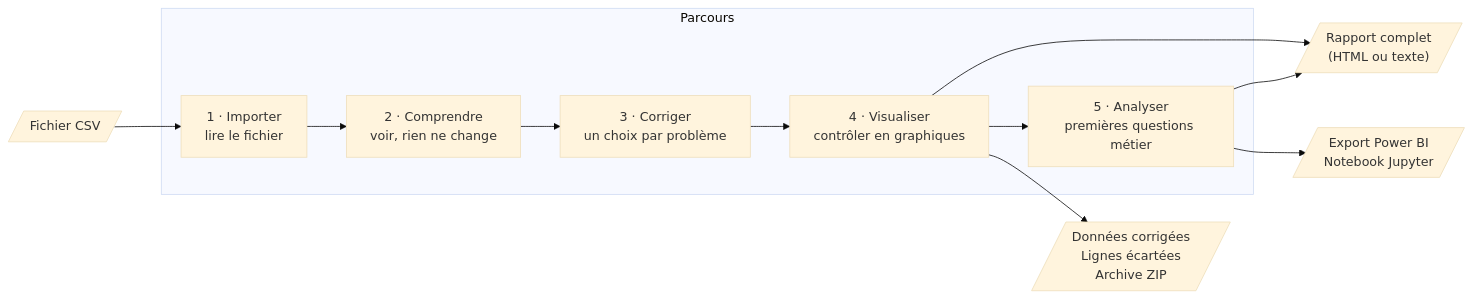
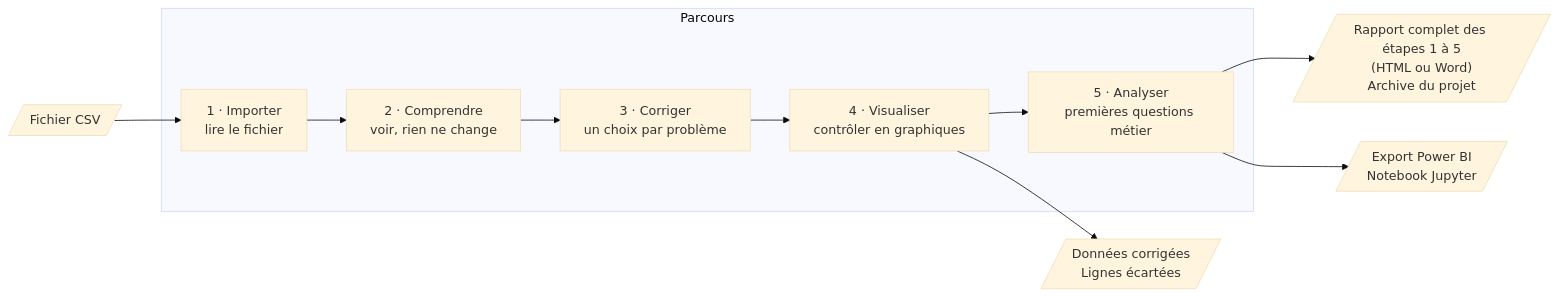
The first of 3 diagrams in src/README.md (mila1515/IT-Service-Performance-Analytics), drawn with Mermaid (base theme) before and after one commit. The commit also changed other lines of this file and 11 other files, not shown here.

First line of the commit message:
feat: un seul rapport à l'étape 5, organisé par étapes, et filtre mémorisé

````diff
--- a/src/README.md
+++ b/src/README.md
@@ -41,14 +41,13 @@
 ```mermaid
 flowchart LR
     F[/Fichier CSV/] --> E1
     subgraph Parcours
         E1["1 · Importer<br/>lire le fichier"] --> E2["2 · Comprendre<br/>voir, rien ne change"]
         E2 --> E3["3 · Corriger<br/>un choix par problème"]
         E3 --> E4["4 · Visualiser<br/>contrôler en graphiques"]
         E4 --> E5["5 · Analyser<br/>premières questions métier"]
     end
-    E4 --> S1[/"Données corrigées<br/>Lignes écartées<br/>Archive ZIP"/]
-    E4 --> R[/"Rapport complet<br/>(HTML ou texte)"/]
-    E5 --> R
+    E4 --> S1[/"Données corrigées<br/>Lignes écartées"/]
+    E5 --> R[/"Rapport complet des étapes 1 à 5<br/>(HTML ou Word)<br/>Archive du projet"/]
     E5 --> S2[/"Export Power BI<br/>Notebook Jupyter"/]
 ```
````
